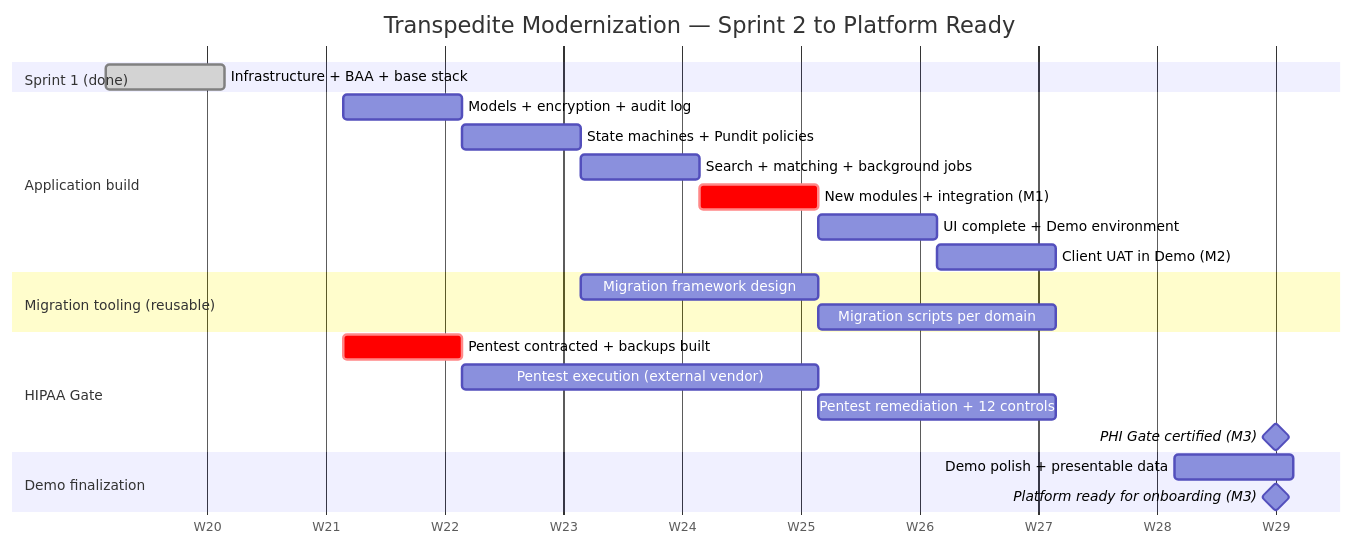
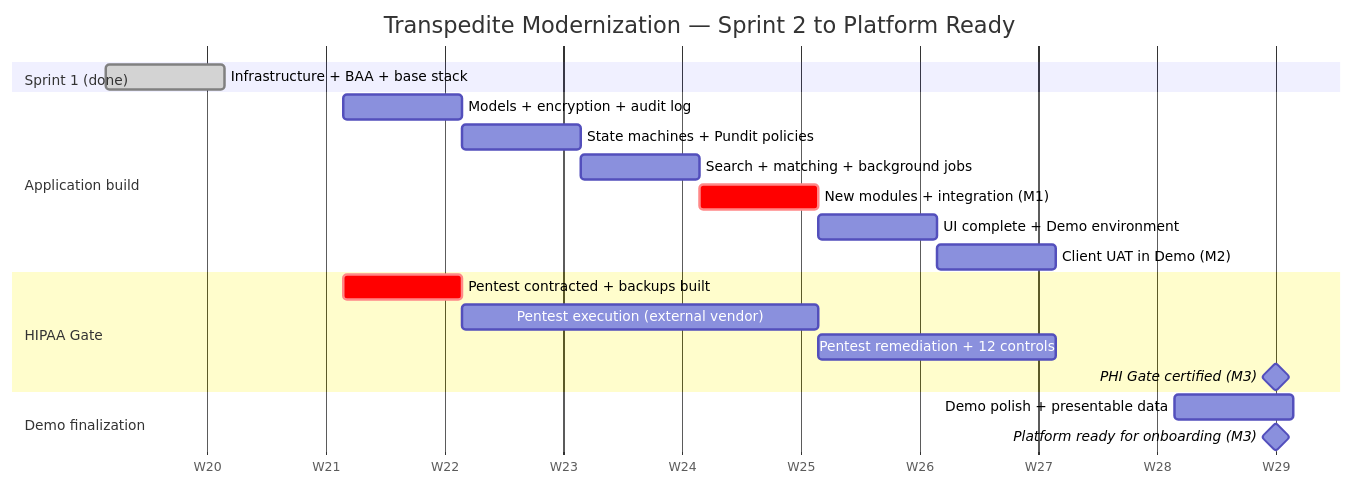
Before and after one commit to Tucan-Talent/transpedite-architecture: the diagram in work-plan.md, drawn with Mermaid. The commit also changed other lines of this file and 1 other file, not shown here.

````diff
--- a/work-plan.md
+++ b/work-plan.md
@@ -106,31 +69,27 @@
 ```mermaid
 gantt
     title Transpedite Modernization — Sprint 2 to Platform Ready
     dateFormat YYYY-MM-DD
     axisFormat W%V
 
     section Sprint 1 (done)
     Infrastructure + BAA + base stack        :done, s1, 2026-05-11, 1w
 
     section Application build
     Models + encryption + audit log          :a1, 2026-05-25, 1w
     State machines + Pundit policies         :a2, after a1, 1w
     Search + matching + background jobs      :a3, after a2, 1w
     New modules + integration (M1)           :crit, a4, after a3, 1w
     UI complete + Demo environment           :a5, after a4, 1w
     Client UAT in Demo (M2)                  :a6, after a5, 1w
 
-    section Migration tooling (reusable)
-    Migration framework design               :b1, 2026-06-08, 2w
-    Migration scripts per domain             :b2, after b1, 2w
-
     section HIPAA Gate
     Pentest contracted + backups built       :crit, c1, 2026-05-25, 1w
     Pentest execution (external vendor)      :c2, after c1, 3w
     Pentest remediation + 12 controls        :c3, after c2, 2w
     PHI Gate certified (M3)                  :milestone, c4, 2026-07-19, 0d
 
     section Demo finalization
     Demo polish + presentable data           :d1, 2026-07-13, 1w
     Platform ready for onboarding (M3)       :milestone, d2, 2026-07-19, 0d
 ```
````
